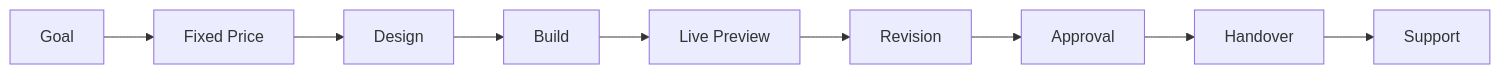
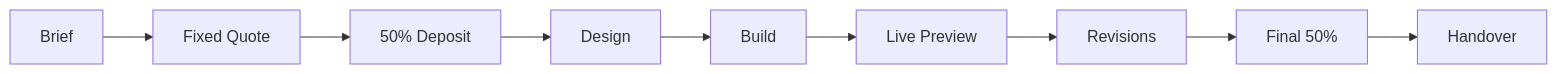
The diagram in README.md (wa7181633-rgb/wa7181633-rgb), drawn with Mermaid before and after one commit. The commit also changed other lines of this file, not shown here.

````diff
--- a/README.md
+++ b/README.md
@@ -116,11 +158,11 @@
 ```mermaid
 flowchart LR
-    A[Goal] --> B[Fixed Price]
-    B --> C[Design]
-    C --> D[Build]
-    D --> E[Live Preview]
-    E --> F[Revision]
-    F --> G[Approval]
-    G --> H[Handover]
-    H --> I[Support]
+    A[Brief] --> B[Fixed Quote]
+    B --> C[50% Deposit]
+    C --> D[Design]
+    D --> E[Build]
+    E --> F[Live Preview]
+    F --> G[Revisions]
+    G --> H[Final 50%]
+    H --> I[Handover]
 ```
````
